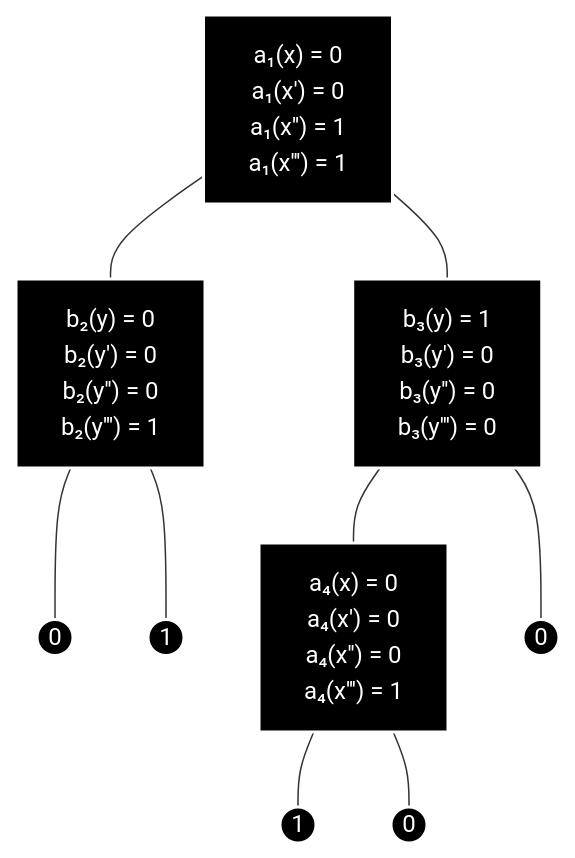
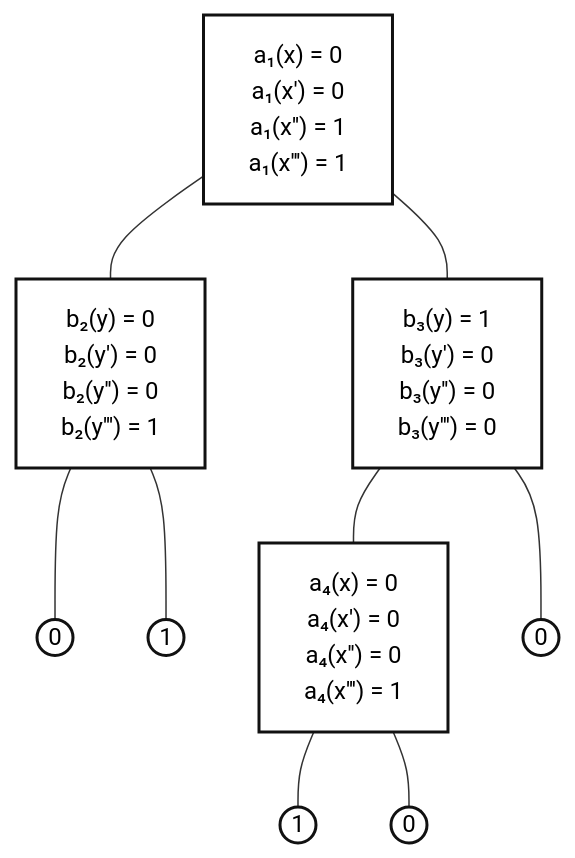
Before and after one commit to Equinox134/equinox134.github.io: the diagram in _posts/2026-07-04-Basic-Communication-Complexity.md, drawn with Mermaid.

````diff
--- a/_posts/2026-07-04-Basic-Communication-Complexity.md
+++ b/_posts/2026-07-04-Basic-Communication-Complexity.md
@@ -37,33 +37,33 @@
 ```mermaid
-flowchart TD  
-A["a₁(x) = 0<br/>a₁(x′) = 0<br/>a₁(x′′) = 1<br/>a₁(x′′′) = 1"]  
-  
-B["b₂(y) = 0<br/>b₂(y′) = 0<br/>b₂(y′′) = 0<br/>b₂(y′′′) = 1"]  
-C["b₃(y) = 1<br/>b₃(y′) = 0<br/>b₃(y′′) = 0<br/>b₃(y′′′) = 0"]  
-  
-D["a₄(x) = 0<br/>a₄(x′) = 0<br/>a₄(x′′) = 0<br/>a₄(x′′′) = 1"]  
-  
-L0((0))  
-L1((1))  
-R0((0))  
-D1((1))  
-D0((0))  
-  
-A --- B  
-A --- C  
-  
-B --- L0  
-B --- L1  
-  
-C --- D  
-C --- R0  
-  
-D --- D1  
-D --- D0  
-  
-classDef box fill:#000,stroke:#fff,stroke-width:2px,color:#fff;  
-classDef leaf fill:#000,stroke:#fff,stroke-width:2px,color:#fff;  
-  
-class A,B,C,D box;  
+flowchart TD
+A["a₁(x) = 0<br/>a₁(x′) = 0<br/>a₁(x′′) = 1<br/>a₁(x′′′) = 1"]
+
+B["b₂(y) = 0<br/>b₂(y′) = 0<br/>b₂(y′′) = 0<br/>b₂(y′′′) = 1"]
+C["b₃(y) = 1<br/>b₃(y′) = 0<br/>b₃(y′′) = 0<br/>b₃(y′′′) = 0"]
+
+D["a₄(x) = 0<br/>a₄(x′) = 0<br/>a₄(x′′) = 0<br/>a₄(x′′′) = 1"]
+
+L0((0))
+L1((1))
+R0((0))
+D1((1))
+D0((0))
+
+A --- B
+A --- C
+
+B --- L0
+B --- L1
+
+C --- D
+C --- R0
+
+D --- D1
+D --- D0
+
+classDef box fill:#fff,stroke:#111,stroke-width:2px,color:#000;
+classDef leaf fill:#fff,stroke:#111,stroke-width:2px,color:#000;
+
+class A,B,C,D box;
 class L0,L1,R0,D1,D0 leaf;
 ```
````
